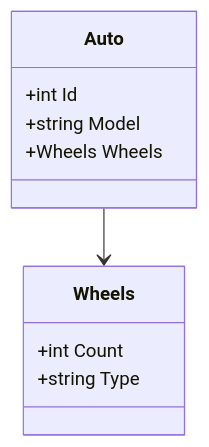
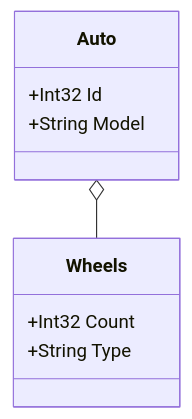
Before and after one commit to jespervandijk/mermaid-class-diagram-generator: the diagram in README.md, drawn with Mermaid.

````diff
--- a/README.md
+++ b/README.md
@@ -98,13 +98,14 @@
 ```mermaid
 classDiagram
-    class Auto {
-        +int Id
-        +string Model
-        +Wheels Wheels
-    }
-    class Wheels {
-        +int Count
-        +string Type
-    }
-    Auto --> Wheels
+class Auto{
+  +Int32 Id
+  +String Model
+}
+
+class Wheels{
+  +Int32 Count
+  +String Type
+}
+
+Auto o-- Wheels
 ```
````
